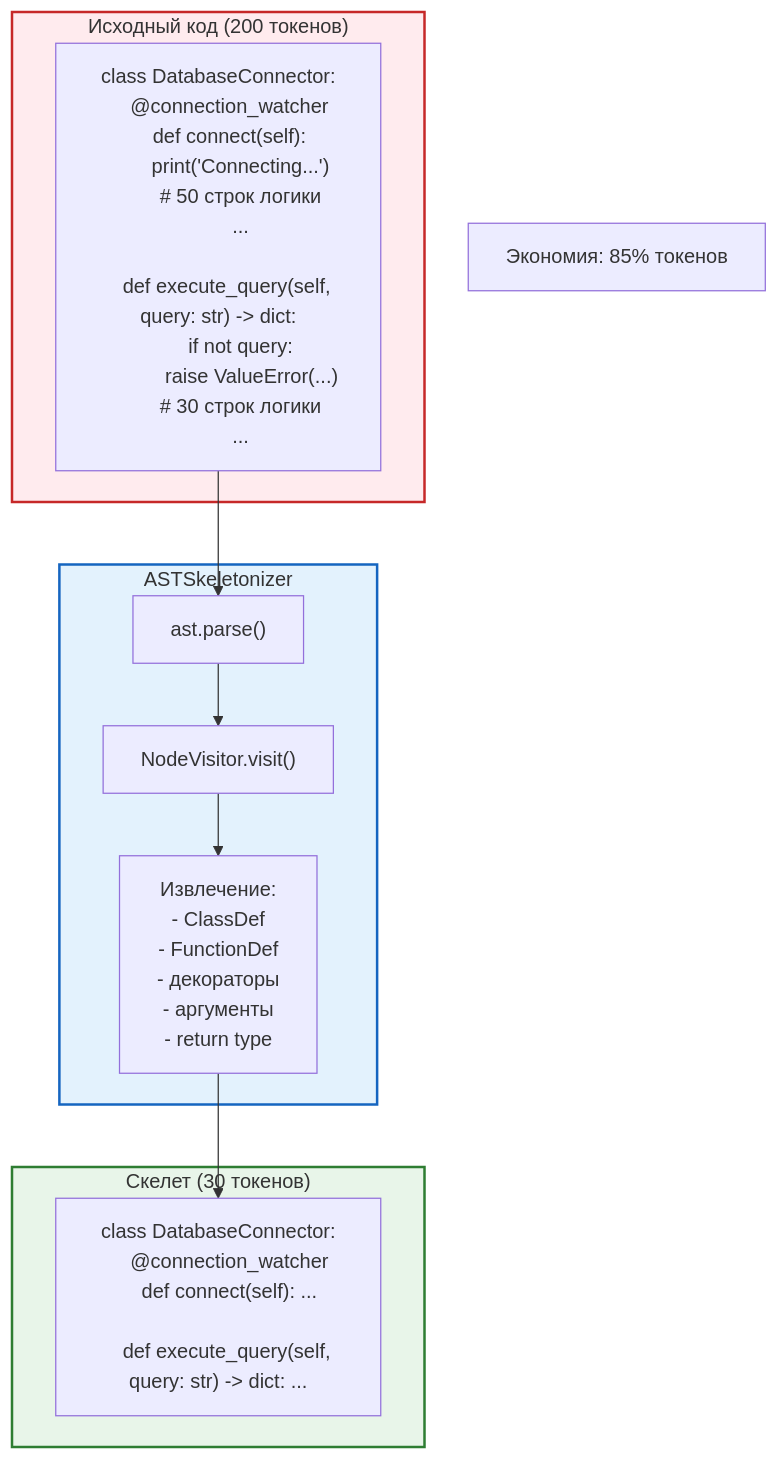
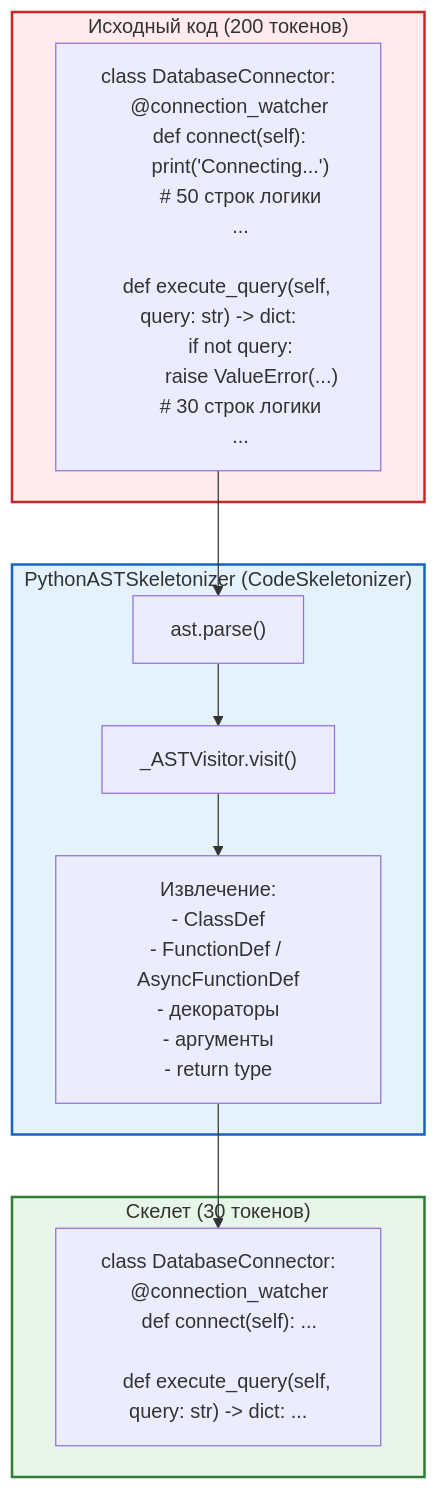
One commit to pese-git/codelab-agent changed the fourth of 10 diagrams in doc/internals/architecture/fcm/DIAGRAMS.md. Above: the diagram before and after it, drawn with Mermaid. The commit also changed other lines of this file and 7 other files, not shown here.

````diff
--- a/doc/internals/architecture/fcm/DIAGRAMS.md
+++ b/doc/internals/architecture/fcm/DIAGRAMS.md
@@ -191,27 +209,25 @@
 ```mermaid
 graph TB
     subgraph Input["Исходный код (200 токенов)"]
         Code["class DatabaseConnector:<br/>    @connection_watcher<br/>    def connect(self):<br/>        print('Connecting...')<br/>        # 50 строк логики<br/>        ...<br/><br/>    def execute_query(self, query: str) -> dict:<br/>        if not query:<br/>            raise ValueError(...)<br/>        # 30 строк логики<br/>        ..."]
     end
-    
-    subgraph Skeletonizer["ASTSkeletonizer"]
+
+    subgraph Skeletonizer["PythonASTSkeletonizer (CodeSkeletonizer)"]
         Parse["ast.parse()"]
-        Visit["NodeVisitor.visit()"]
-        Extract["Извлечение:<br/>- ClassDef<br/>- FunctionDef<br/>- декораторы<br/>- аргументы<br/>- return type"]
+        Visit["_ASTVisitor.visit()"]
+        Extract["Извлечение:<br/>- ClassDef<br/>- FunctionDef / AsyncFunctionDef<br/>- декораторы<br/>- аргументы<br/>- return type"]
     end
-    
+
     subgraph Output["Скелет (30 токенов)"]
         Skeleton["class DatabaseConnector:<br/>    @connection_watcher<br/>    def connect(self): ...<br/><br/>    def execute_query(self, query: str) -> dict: ..."]
     end
-    
+
     Code --> Parse
     Parse --> Visit
     Visit --> Extract
     Extract --> Skeleton
-    
+
     style Input fill:#ffebee,stroke:#c62828,stroke-width:2px
     style Skeletonizer fill:#e3f2fd,stroke:#1565c0,stroke-width:2px
     style Output fill:#e8f5e9,stroke:#2e7d32,stroke-width:2px
-    
-    note1["Экономия: 85% токенов"]
 ```
````
